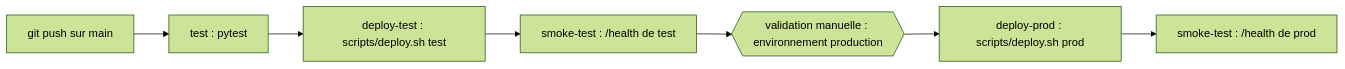
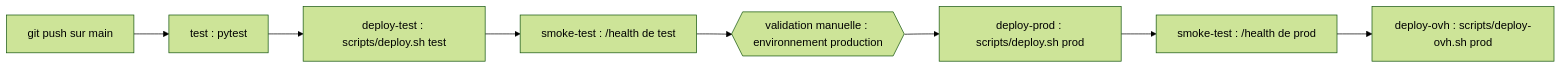
One commit to Ibtihal-mrn/Distrubuted_Systems_Project changed the diagram in docs/02-ci-cd.md. Above: the diagram before and after it, drawn with Mermaid (forest theme). The commit also changed other lines of this file and 6 other files, not shown here.

````diff
--- a/docs/02-ci-cd.md
+++ b/docs/02-ci-cd.md
@@ -8,9 +8,10 @@
 ```mermaid
 flowchart LR
   P[git push sur main] --> T[test : pytest]
   T --> D1[deploy-test : scripts/deploy.sh test]
   D1 --> S1[smoke-test : /health de test]
   S1 --> V{{"validation manuelle : environnement production"}}
   V --> D2[deploy-prod : scripts/deploy.sh prod]
   D2 --> S2[smoke-test : /health de prod]
+  S2 --> D3[deploy-ovh : scripts/deploy-ovh.sh prod]
 ```
````
